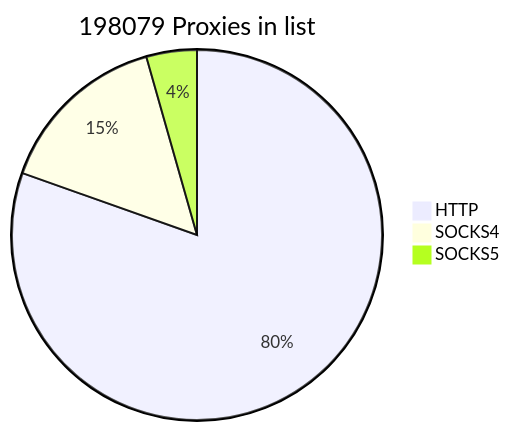
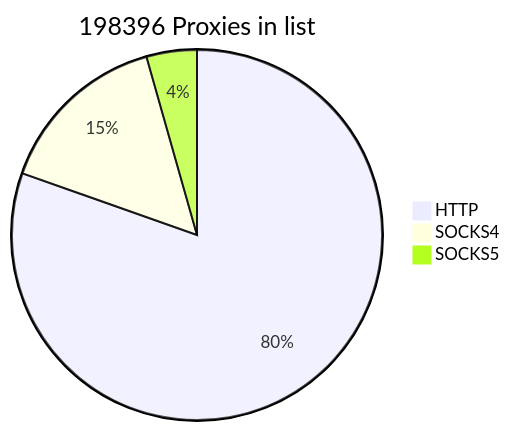
The first of 2 diagrams in README.md (cutipu/proxylist), drawn with Mermaid before and after one commit. The commit also changed other lines of this file, not shown here.

````diff
--- a/README.md
+++ b/README.md
@@ -2,7 +2,7 @@
 ```mermaid
-pie title 198079 Proxies in list
-    "HTTP" : 159303
-    "SOCKS4" : 30041
-    "SOCKS5" : 8735
+pie title 198396 Proxies in list
+    "HTTP" : 159522
+    "SOCKS4" : 30152
+    "SOCKS5" : 8722
             
 ```
````
